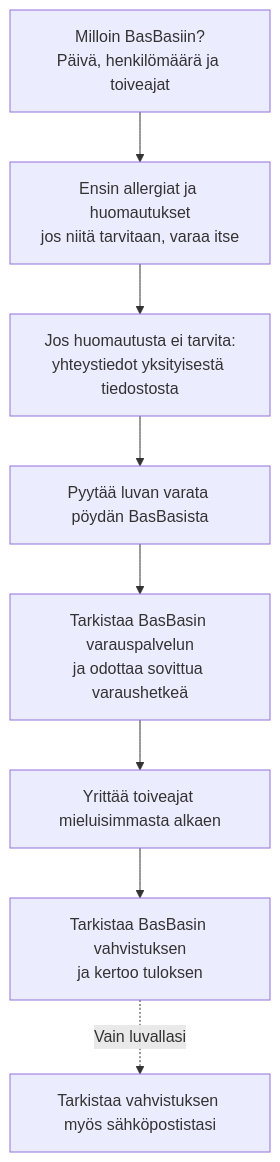
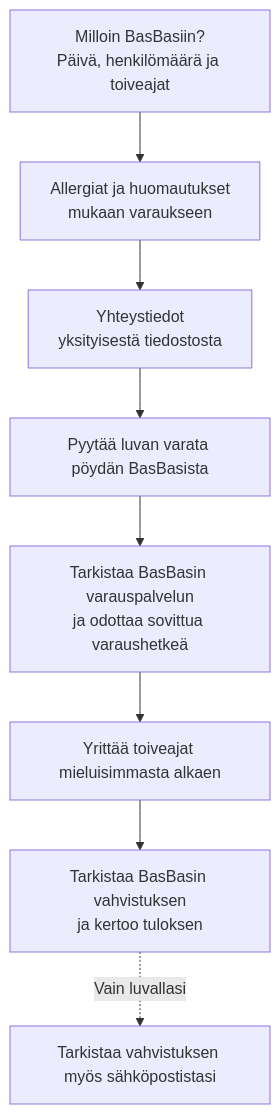
Before and after one commit to ilpojohannes/basbas-booking-skill: the diagram in README.md, drawn with Mermaid. The commit also changed other lines of this file and 7 other files, not shown here.

````diff
--- a/README.md
+++ b/README.md
@@ -7,10 +7,10 @@
 ```mermaid
 flowchart TD
-    A["Milloin BasBasiin?<br/>Päivä, henkilömäärä ja toiveajat"] --> B["Ensin allergiat ja huomautukset<br/>jos niitä tarvitaan, varaa itse"]
-    B --> H["Jos huomautusta ei tarvita:<br/>yhteystiedot yksityisestä tiedostosta"]
+    A["Milloin BasBasiin?<br/>Päivä, henkilömäärä ja toiveajat"] --> B["Allergiat ja huomautukset<br/>mukaan varaukseen"]
+    B --> H["Yhteystiedot<br/>yksityisestä tiedostosta"]
     H --> C["Pyytää luvan varata pöydän BasBasista"]
     C --> D["Tarkistaa BasBasin varauspalvelun<br/>ja odottaa sovittua varaushetkeä"]
     D --> E["Yrittää toiveajat mieluisimmasta alkaen"]
     E --> F["Tarkistaa BasBasin vahvistuksen<br/>ja kertoo tuloksen"]
     F -. "Vain luvallasi" .-> G["Tarkistaa vahvistuksen myös sähköpostistasi"]
 ```
````
